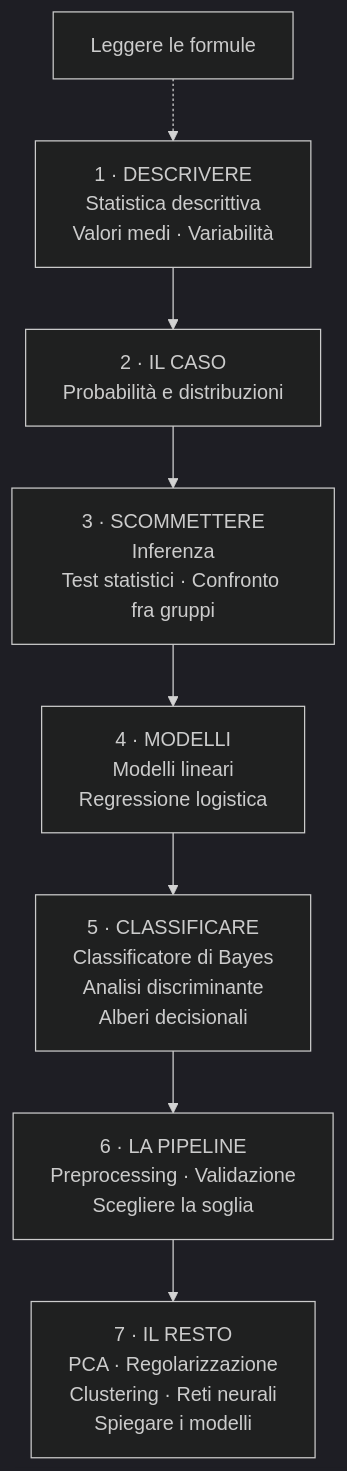
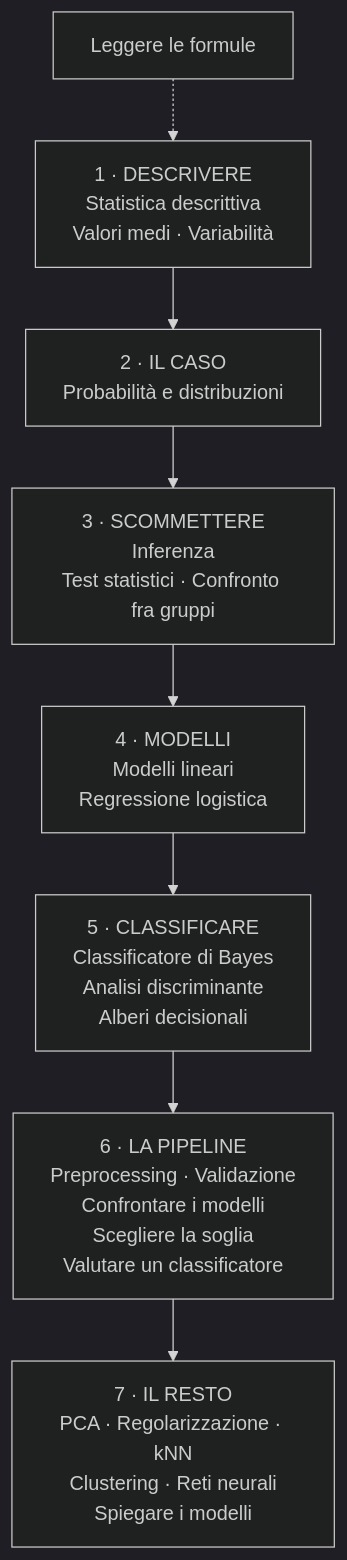
One commit to mxdangelo/Master_AIDA changed the diagram in Statistica/+🧭 Percorso di studio.md. Above: the diagram before and after it, drawn with Mermaid (dark theme). The commit also changed other lines of this file and 15 other files, not shown here.

````diff
--- a/Statistica/+🧭 Percorso di studio.md
+++ b/Statistica/+🧭 Percorso di studio.md
@@ -20,10 +20,10 @@
 ```mermaid
 flowchart TD
     F["Leggere le formule"] -.-> D
     D["1 · DESCRIVERE<br/>Statistica descrittiva<br/>Valori medi · Variabilità"] --> P["2 · IL CASO<br/>Probabilità e distribuzioni"]
     P --> I["3 · SCOMMETTERE<br/>Inferenza<br/>Test statistici · Confronto fra gruppi"]
     I --> M["4 · MODELLI<br/>Modelli lineari<br/>Regressione logistica"]
     M --> C["5 · CLASSIFICARE<br/>Classificatore di Bayes<br/>Analisi discriminante<br/>Alberi decisionali"]
-    C --> A["6 · LA PIPELINE<br/>Preprocessing · Validazione<br/>Scegliere la soglia"]
-    A --> X["7 · IL RESTO<br/>PCA · Regolarizzazione<br/>Clustering · Reti neurali<br/>Spiegare i modelli"]
+    C --> A["6 · LA PIPELINE<br/>Preprocessing · Validazione<br/>Confrontare i modelli<br/>Scegliere la soglia<br/>Valutare un classificatore"]
+    A --> X["7 · IL RESTO<br/>PCA · Regolarizzazione · kNN<br/>Clustering · Reti neurali<br/>Spiegare i modelli"]
 ```
````
